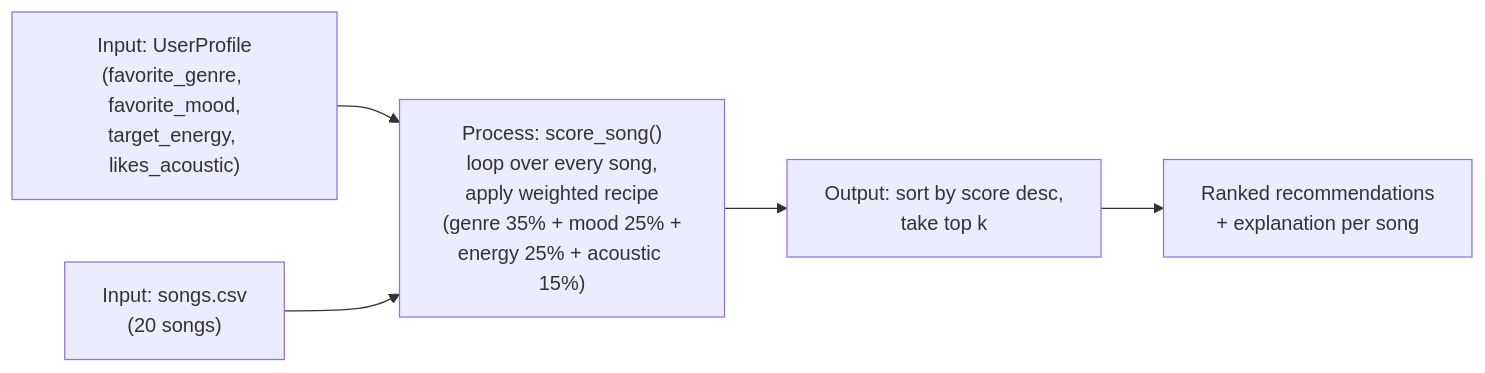
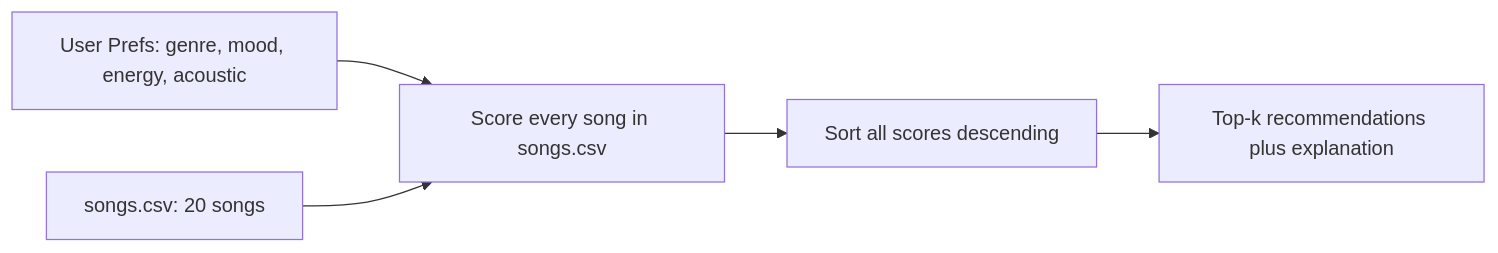
The diagram in README.md (suesui117/applied-ai-system-project-music-recommender), drawn with Mermaid before and after one commit.

Commit message:
Simplify Mermaid diagram syntax for reliable GitHub rendering

````diff
--- a/README.md
+++ b/README.md
@@ -56,7 +56,7 @@
 ```mermaid
 flowchart LR
-    A["Input: UserProfile\n(favorite_genre, favorite_mood,\ntarget_energy, likes_acoustic)"] --> B
-    C["Input: songs.csv\n(20 songs)"] --> B
-    B["Process: score_song()\nloop over every song,\napply weighted recipe\n(genre 35% + mood 25% +\nenergy 25% + acoustic 15%)"] --> D
-    D["Output: sort by score desc,\ntake top k"] --> E["Ranked recommendations\n+ explanation per song"]
+    A[User Prefs: genre, mood, energy, acoustic] --> P[Score every song in songs.csv]
+    B[songs.csv: 20 songs] --> P
+    P --> R[Sort all scores descending]
+    R --> K[Top-k recommendations plus explanation]
 ```
````
